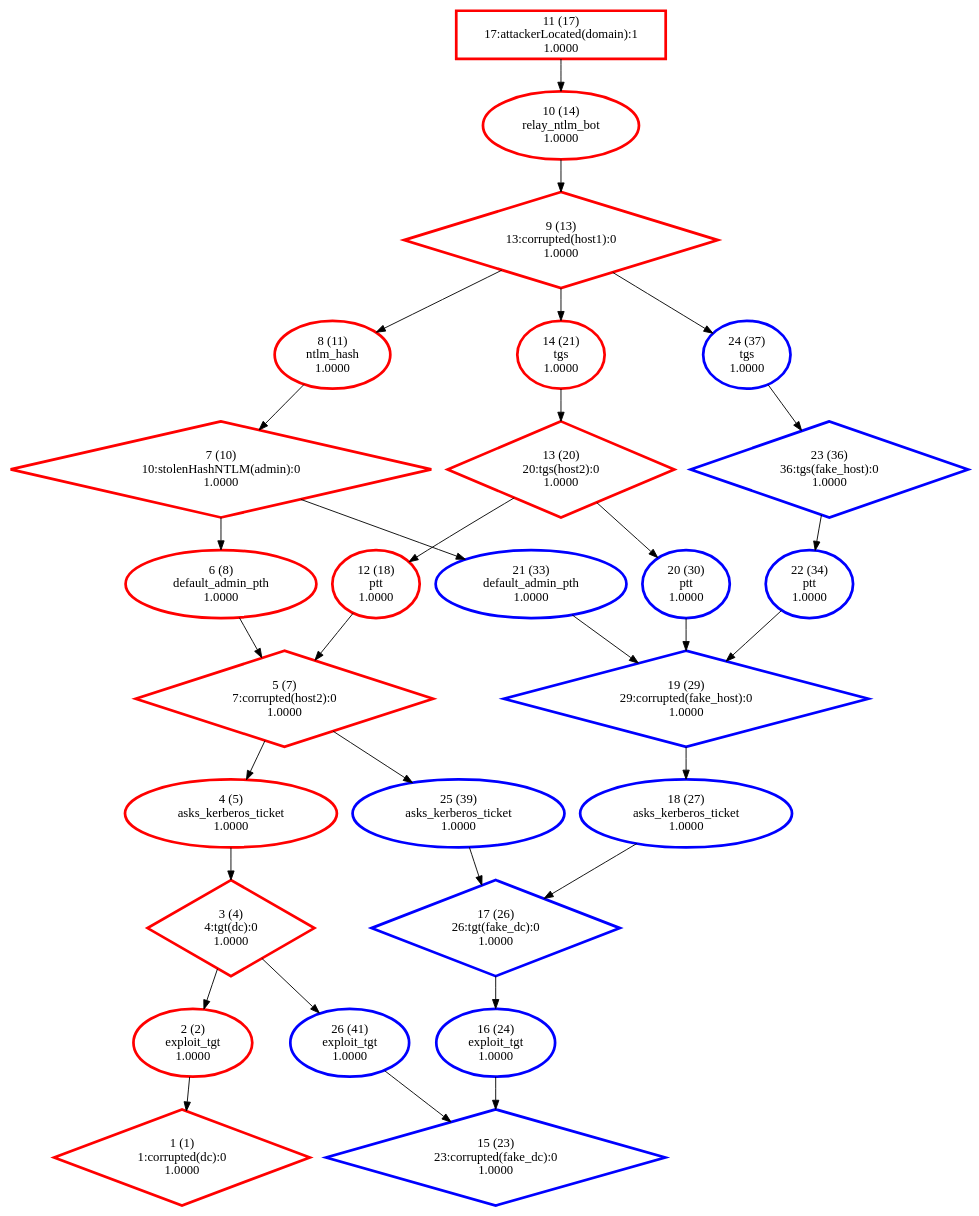
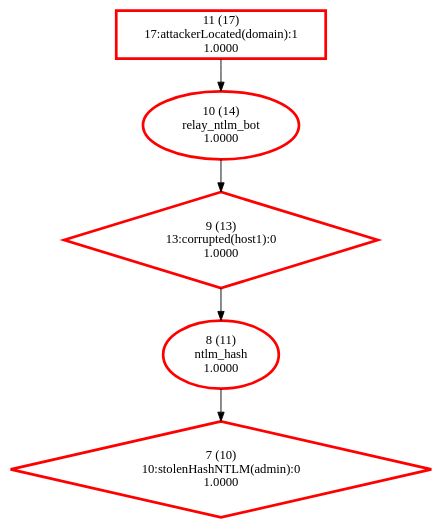
The diagram in Personnal_simulations/output_HighLevel/strongly_connected_components/reference.dot (NathanaeldeLaChesnais/attacker_profiling_for_BAG_with_honeypots), drawn with Graphviz before and after one commit. The commit also changed 16 other files, not shown here.

```diff
--- a/Personnal_simulations/output_HighLevel/strongly_connected_components/reference.dot
+++ b/Personnal_simulations/output_HighLevel/strongly_connected_components/reference.dot
@@ -1,58 +1,11 @@
 digraph G {
-  11 [label="11 (17)\n17:attackerLocated(domain):1\n1.0000", color="#FF0000", penwidth=3, shape="box"];
-  10 [label="10 (14)\nrelay_ntlm_bot\n1.0000", color="#FF0000", penwidth=3, shape="ellipse"];
-  9 [label="9 (13)\n13:corrupted(host1):0\n1.0000", color="#FF0000", penwidth=3, shape="diamond"];
-  8 [label="8 (11)\nntlm_hash\n1.0000", color="#FF0000", penwidth=3, shape="ellipse"];
-  7 [label="7 (10)\n10:stolenHashNTLM(admin):0\n1.0000", color="#FF0000", penwidth=3, shape="diamond"];
-  6 [label="6 (8)\ndefault_admin_pth\n1.0000", color="#FF0000", penwidth=3, shape="ellipse"];
-  5 [label="5 (7)\n7:corrupted(host2):0\n1.0000", color="#FF0000", penwidth=3, shape="diamond"];
-  14 [label="14 (21)\ntgs\n1.0000", color="#FF0000", penwidth=3, shape="ellipse"];
-  13 [label="13 (20)\n20:tgs(host2):0\n1.0000", color="#FF0000", penwidth=3, shape="diamond"];
-  12 [label="12 (18)\nptt\n1.0000", color="#FF0000", penwidth=3, shape="ellipse"];
-  4 [label="4 (5)\nasks_kerberos_ticket\n1.0000", color="#FF0000", penwidth=3, shape="ellipse"];
-  3 [label="3 (4)\n4:tgt(dc):0\n1.0000", color="#FF0000", penwidth=3, shape="diamond"];
-  2 [label="2 (2)\nexploit_tgt\n1.0000", color="#FF0000", penwidth=3, shape="ellipse"];
-  1 [label="1 (1)\n1:corrupted(dc):0\n1.0000", color="#FF0000", penwidth=3, shape="diamond"];
-  20 [label="20 (30)\nptt\n1.0000", color="blue", penwidth=3, shape="ellipse"];
-  19 [label="19 (29)\n29:corrupted(fake_host):0\n1.0000", color="blue", penwidth=3, shape="diamond"];
-  21 [label="21 (33)\ndefault_admin_pth\n1.0000", color="blue", penwidth=3, shape="ellipse"];
-  24 [label="24 (37)\ntgs\n1.0000", color="blue", penwidth=3, shape="ellipse"];
-  23 [label="23 (36)\n36:tgs(fake_host):0\n1.0000", color="blue", penwidth=3, shape="diamond"];
-  22 [label="22 (34)\nptt\n1.0000", color="blue", penwidth=3, shape="ellipse"];
-  18 [label="18 (27)\nasks_kerberos_ticket\n1.0000", color="blue", penwidth=3, shape="ellipse"];
-  17 [label="17 (26)\n26:tgt(fake_dc):0\n1.0000", color="blue", penwidth=3, shape="diamond"];
-  25 [label="25 (39)\nasks_kerberos_ticket\n1.0000", color="blue", penwidth=3, shape="ellipse"];
-  16 [label="16 (24)\nexploit_tgt\n1.0000", color="blue", penwidth=3, shape="ellipse"];
-  15 [label="15 (23)\n23:corrupted(fake_dc):0\n1.0000", color="blue", penwidth=3, shape="diamond"];
-  26 [label="26 (41)\nexploit_tgt\n1.0000", color="blue", penwidth=3, shape="ellipse"];
+  "11" [label="11 (17)\n17:attackerLocated(domain):1\n1.0000", color="#FF0000", penwidth=3, shape="box"];
+  "10" [label="10 (14)\nrelay_ntlm_bot\n1.0000", color="#FF0000", penwidth=3, shape="ellipse"];
+  "9" [label="9 (13)\n13:corrupted(host1):0\n1.0000", color="#FF0000", penwidth=3, shape="diamond"];
+  "8" [label="8 (11)\nntlm_hash\n1.0000", color="#FF0000", penwidth=3, shape="ellipse"];
+  "7" [label="7 (10)\n10:stolenHashNTLM(admin):0\n1.0000", color="#FF0000", penwidth=3, shape="diamond"];
   "11" -> "10";
   "10" -> "9";
   "9" -> "8";
-  "9" -> "14";
-  "9" -> "24";
   "8" -> "7";
-  "7" -> "6";
-  "7" -> "21";
-  "6" -> "5";
-  "5" -> "4";
-  "5" -> "25";
-  "14" -> "13";
-  "13" -> "12";
-  "13" -> "20";
-  "12" -> "5";
-  "4" -> "3";
-  "3" -> "2";
-  "3" -> "26";
-  "2" -> "1";
-  "20" -> "19";
-  "19" -> "18";
-  "21" -> "19";
-  "24" -> "23";
-  "23" -> "22";
-  "22" -> "19";
-  "18" -> "17";
-  "17" -> "16";
-  "25" -> "17";
-  "16" -> "15";
-  "26" -> "15";
 }
```
